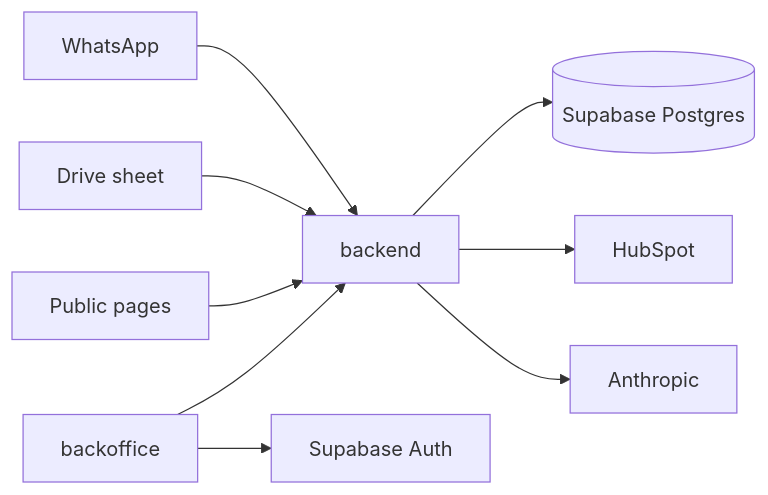
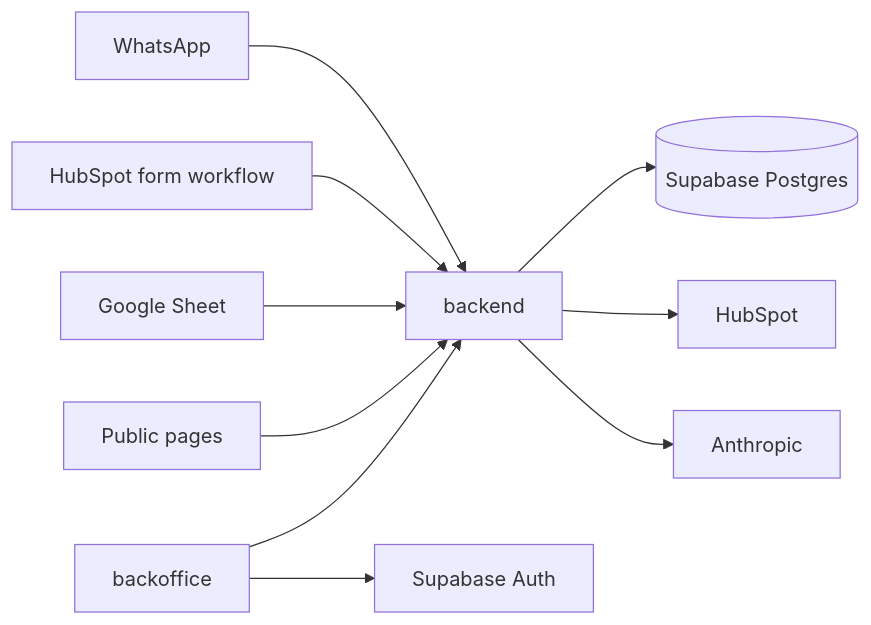
Before and after one commit to luisguareschi/leadscope: the first of 2 diagrams in docs/design.md, drawn with Mermaid. The commit also changed other lines of this file and 1 other file, not shown here.

````diff
--- a/docs/design.md
+++ b/docs/design.md
@@ -42,11 +62,12 @@
 ```mermaid
 flowchart LR
   wa[WhatsApp] --> api[backend]
-  sheet[Drive sheet] --> api
+  hsForm[HubSpot form workflow] --> api
+  sheet[Google Sheet] --> api
   site[Public pages] --> api
   api --> db[(Supabase Postgres)]
   api --> hs[HubSpot]
   api --> llm[Anthropic]
   office[backoffice] --> api
   office --> auth[Supabase Auth]
 ```
````
